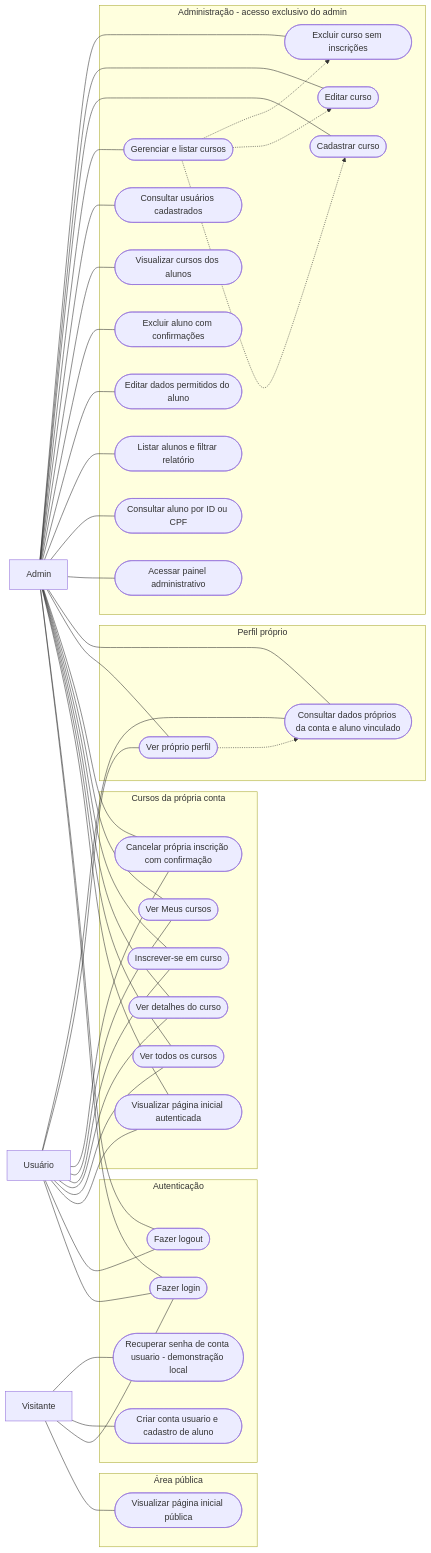
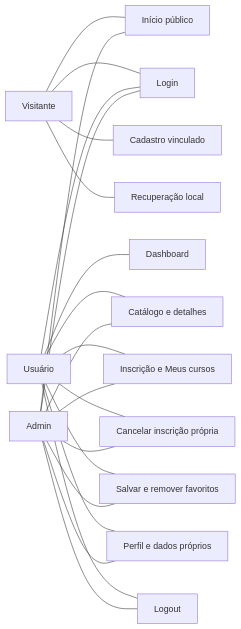
One commit to Matheus-Talasso-Gil/Impulsos-Cursos changed diagram 20 of 21 in diagrama.md. Above: the diagram before and after it, drawn with Mermaid. The commit also changed other lines of this file and 1 other file, not shown here.

Commit message:
Atualizando o diagrama e criando o product backlog

````diff
--- a/diagrama.md
+++ b/diagrama.md
@@ -343,81 +465,23 @@
 ```mermaid
-flowchart LR
-    Visitante["Visitante"]
-    Usuario["Usuário"]
-    Admin["Admin"]
-
-    subgraph Publico["Área pública"]
-        Inicial(["Visualizar página inicial pública"])
-    end
-    subgraph Autenticacao["Autenticação"]
-        Login(["Fazer login"])
-        Cadastro(["Criar conta usuario e cadastro de aluno"])
-        Recuperar(["Recuperar senha de conta usuario - demonstração local"])
-        Logout(["Fazer logout"])
-    end
-    subgraph Cursos["Cursos da própria conta"]
-        InicioConta(["Visualizar página inicial autenticada"])
-        Catalogo(["Ver todos os cursos"])
-        Detalhes(["Ver detalhes do curso"])
-        Inscrever(["Inscrever-se em curso"])
-        Meus(["Ver Meus cursos"])
-        Cancelar(["Cancelar própria inscrição com confirmação"])
-    end
-    subgraph Perfil["Perfil próprio"]
-        MeuPerfil(["Ver próprio perfil"])
-        DadosProprios(["Consultar dados próprios da conta e aluno vinculado"])
-    end
-    subgraph Administracao["Administração - acesso exclusivo do admin"]
-        Painel(["Acessar painel administrativo"])
-        Consultar(["Consultar aluno por ID ou CPF"])
-        Listar(["Listar alunos e filtrar relatório"])
-        EditarAluno(["Editar dados permitidos do aluno"])
-        ExcluirAluno(["Excluir aluno com confirmações"])
-        CursosAlunos(["Visualizar cursos dos alunos"])
-        Contas(["Consultar usuários cadastrados"])
-        Gerenciar(["Gerenciar e listar cursos"])
-        CriarCurso(["Cadastrar curso"])
-        EditarCurso(["Editar curso"])
-        ExcluirCurso(["Excluir curso sem inscrições"])
-    end
-
-    Visitante --- Inicial
-    Visitante --- Login
-    Visitante --- Cadastro
-    Visitante --- Recuperar
-    Usuario --- Login
-    Usuario --- Logout
-    Usuario --- InicioConta
-    Usuario --- Catalogo
-    Usuario --- Detalhes
-    Usuario --- Inscrever
-    Usuario --- Meus
-    Usuario --- Cancelar
-    Usuario --- MeuPerfil
-    Usuario --- DadosProprios
-    Admin --- Login
+graph LR
+    Visitante["Visitante"] --- Publico["Início público"]
+    Visitante --- Login["Login"]
+    Visitante --- Cadastro["Cadastro vinculado"]
+    Visitante --- Recuperar["Recuperação local"]
+    Usuario["Usuário"] --- Login
+    Usuario --- Dashboard["Dashboard"]
+    Usuario --- Cursos["Catálogo e detalhes"]
+    Usuario --- Inscricoes["Inscrição e Meus cursos"]
+    Usuario --- Cancelar["Cancelar inscrição própria"]
+    Usuario --- Favoritos["Salvar e remover favoritos"]
+    Usuario --- Perfil["Perfil e dados próprios"]
+    Usuario --- Logout["Logout"]
+    Admin["Admin"] --- Login
+    Admin --- Publico
+    Admin --- Cursos
+    Admin --- Inscricoes
+    Admin --- Cancelar
+    Admin --- Favoritos
+    Admin --- Perfil
     Admin --- Logout
-    Admin --- InicioConta
-    Admin --- Catalogo
-    Admin --- Detalhes
-    Admin --- Inscrever
-    Admin --- Meus
-    Admin --- Cancelar
-    Admin --- MeuPerfil
-    Admin --- DadosProprios
-    Admin --- Painel
-    Admin --- Consultar
-    Admin --- Listar
-    Admin --- EditarAluno
-    Admin --- ExcluirAluno
-    Admin --- CursosAlunos
-    Admin --- Contas
-    Admin --- Gerenciar
-    Admin --- CriarCurso
-    Admin --- EditarCurso
-    Admin --- ExcluirCurso
-    Gerenciar -.-> CriarCurso
-    Gerenciar -.-> EditarCurso
-    Gerenciar -.-> ExcluirCurso
-    MeuPerfil -.-> DadosProprios
 ```
````
